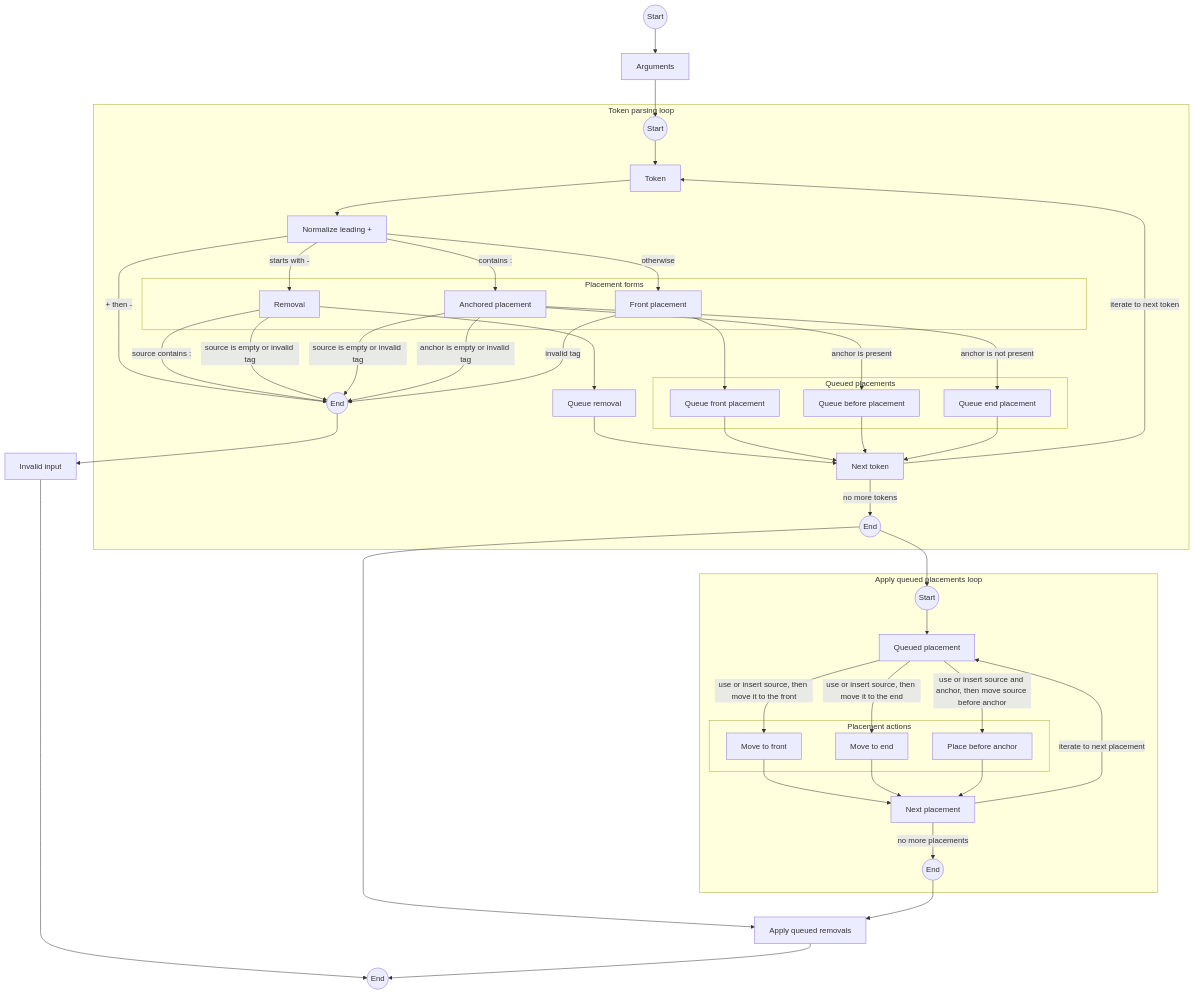
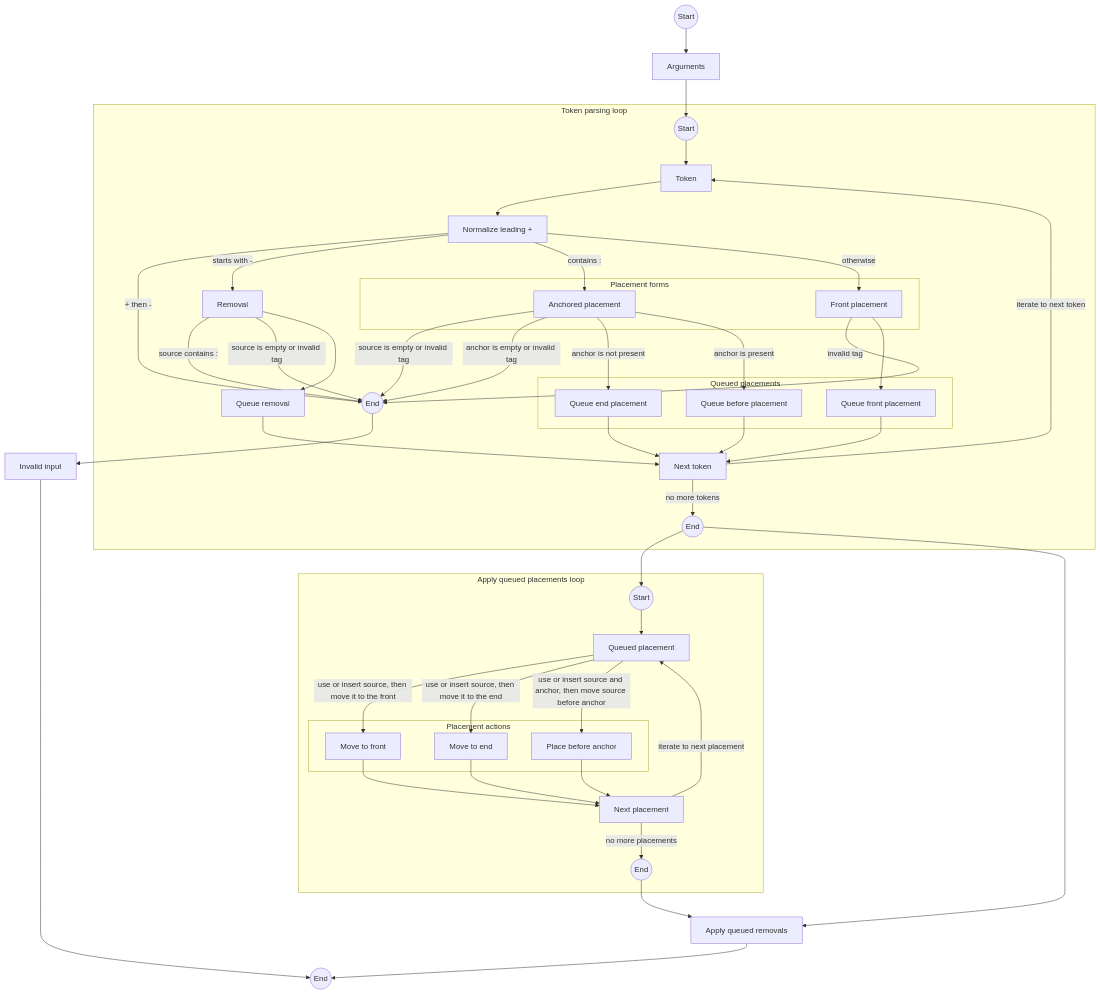
One commit to Glutexo/macos-language-manager changed the diagram in docs/macos-language-manager.md. Above: the diagram before and after it, drawn with Mermaid.

Commit message:
Separate removal from placement forms in diagram

````diff
--- a/docs/macos-language-manager.md
+++ b/docs/macos-language-manager.md
@@ -228,78 +228,79 @@
 ```mermaid
 flowchart TD
     Start((Start)) --> Arguments[Arguments]
     Arguments --> TokenLoopStart
 
     subgraph TokenParsing["Token parsing loop"]
         TokenLoopStart((Start)) --> Token[Token]
         Token[Token] --> LeadingPlus[Normalize leading +]
 
+        Removal[Removal]
+
         subgraph PlacementForms["Placement forms"]
-            Removal[Removal]
             AnchoredPlacement[Anchored placement]
             FrontPlacement[Front placement]
         end
 
         QueueRemoval[Queue removal]
 
         subgraph QueuedPlacements["Queued placements"]
             QueueFront[Queue front placement]
             QueueBefore[Queue before placement]
             QueueEnd[Queue end placement]
         end
 
         LeadingPlus -- + then - --> TokenLoopInvalidEnd((End))
         LeadingPlus -- starts with - --> Removal
         LeadingPlus -- contains : --> AnchoredPlacement
         LeadingPlus -- otherwise --> FrontPlacement
 
         Removal -- source contains : --> TokenLoopInvalidEnd
         Removal -- source is empty or invalid tag --> TokenLoopInvalidEnd
         Removal --> QueueRemoval
 
         AnchoredPlacement -- source is empty or invalid tag --> TokenLoopInvalidEnd
         AnchoredPlacement -- anchor is empty or invalid tag --> TokenLoopInvalidEnd
         AnchoredPlacement -- anchor is not present --> QueueEnd
         AnchoredPlacement -- anchor is present --> QueueBefore
 
         FrontPlacement -- invalid tag --> TokenLoopInvalidEnd
         FrontPlacement --> QueueFront
 
         QueueRemoval --> NextToken[Next token]
         QueueFront --> NextToken
         QueueBefore --> NextToken
         QueueEnd --> NextToken
 
         NextToken -- iterate to next token --> Token
         NextToken -- no more tokens --> TokenLoopDoneEnd((End))
     end
 
     TokenLoopInvalidEnd --> InvalidInput[Invalid input]
     InvalidInput --> End((End))
 
     TokenLoopDoneEnd --> PlacementLoopStart
     TokenLoopDoneEnd --> ApplyRemovals[Apply queued removals]
 
     subgraph PlacementLoop["Apply queued placements loop"]
         PlacementLoopStart((Start)) --> Placement[Queued placement]
 
         subgraph PlacementActions["Placement actions"]
             MoveToFront[Move to front]
             MoveToEnd[Move to end]
             PlaceBeforeAnchor[Place before anchor]
         end
 
         Placement -- use or insert source, then move it to the front --> MoveToFront
         Placement -- use or insert source, then move it to the end --> MoveToEnd
         Placement -- use or insert source and anchor, then move source before anchor --> PlaceBeforeAnchor
 
         MoveToFront --> NextPlacement[Next placement]
         MoveToEnd --> NextPlacement
         PlaceBeforeAnchor --> NextPlacement
         NextPlacement -- iterate to next placement --> Placement
         NextPlacement -- no more placements --> PlacementLoopEnd((End))
     end
 
     PlacementLoopEnd --> ApplyRemovals
     ApplyRemovals --> End
 ```
````
